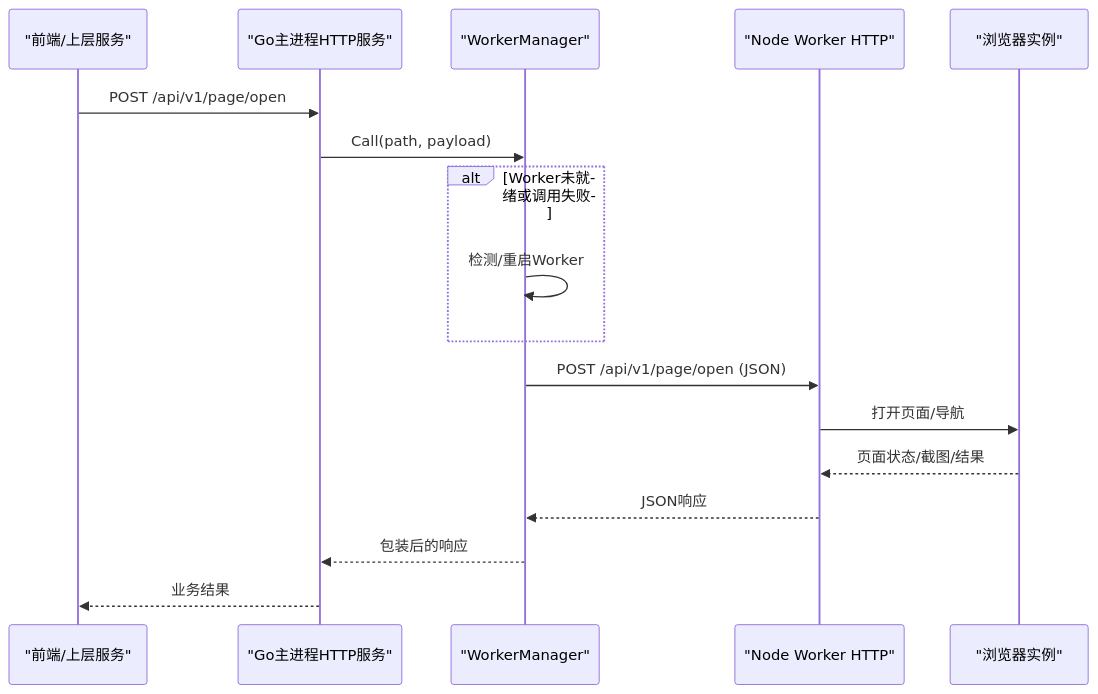
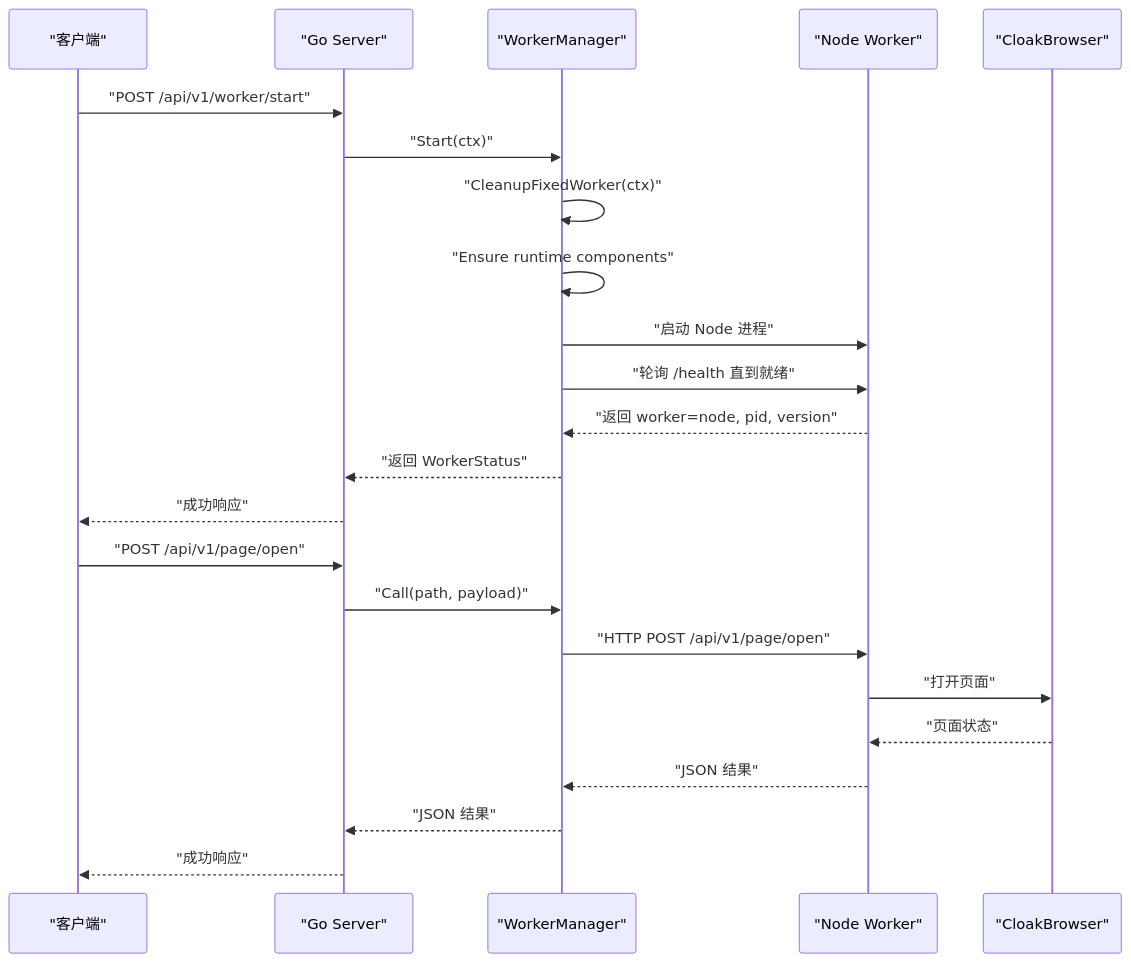
Before and after one commit to alvinwangzi/goodhr: the second of 6 diagrams in .qoder/repowiki/zh/content/本地执行器/浏览器自动化/Worker进程管理.md, drawn with Mermaid. The commit also changed other lines of this file and 149 other files, not shown here.

````diff
--- a/.qoder/repowiki/zh/content/本地执行器/浏览器自动化/Worker进程管理.md
+++ b/.qoder/repowiki/zh/content/本地执行器/浏览器自动化/Worker进程管理.md
@@ -72,19 +77,25 @@
 ```mermaid
 sequenceDiagram
-participant Client as "前端/上层服务"
-participant GoServer as "Go主进程HTTP服务"
-participant WMgr as "WorkerManager"
-participant NodeW as "Node Worker HTTP"
-participant Browser as "浏览器实例"
-Client->>GoServer : POST /api/v1/page/open
-GoServer->>WMgr : Call(path, payload)
-alt Worker未就绪或调用失败
-WMgr->>WMgr : 检测/重启Worker
-end
-WMgr->>NodeW : POST /api/v1/page/open (JSON)
-NodeW->>Browser : 打开页面/导航
-Browser-->>NodeW : 页面状态/截图/结果
-NodeW-->>WMgr : JSON响应
-WMgr-->>GoServer : 包装后的响应
-GoServer-->>Client : 业务结果
+participant Client as "客户端"
+participant GoServer as "Go Server"
+participant Manager as "WorkerManager"
+participant NodeWorker as "Node Worker"
+participant Browser as "CloakBrowser"
+Client->>GoServer : "POST /api/v1/worker/start"
+GoServer->>Manager : "Start(ctx)"
+Manager->>Manager : "CleanupFixedWorker(ctx)"
+Manager->>Manager : "Ensure runtime components"
+Manager->>NodeWorker : "启动 Node 进程"
+Manager->>NodeWorker : "轮询 /health 直到就绪"
+NodeWorker-->>Manager : "返回 worker=node, pid, version"
+Manager-->>GoServer : "返回 WorkerStatus"
+GoServer-->>Client : "成功响应"
+Client->>GoServer : "POST /api/v1/page/open"
+GoServer->>Manager : "Call(path, payload)"
+Manager->>NodeWorker : "HTTP POST /api/v1/page/open"
+NodeWorker->>Browser : "打开页面"
+Browser-->>NodeWorker : "页面状态"
+NodeWorker-->>Manager : "JSON 结果"
+Manager-->>GoServer : "JSON 结果"
+GoServer-->>Client : "成功响应"
 ```
````
